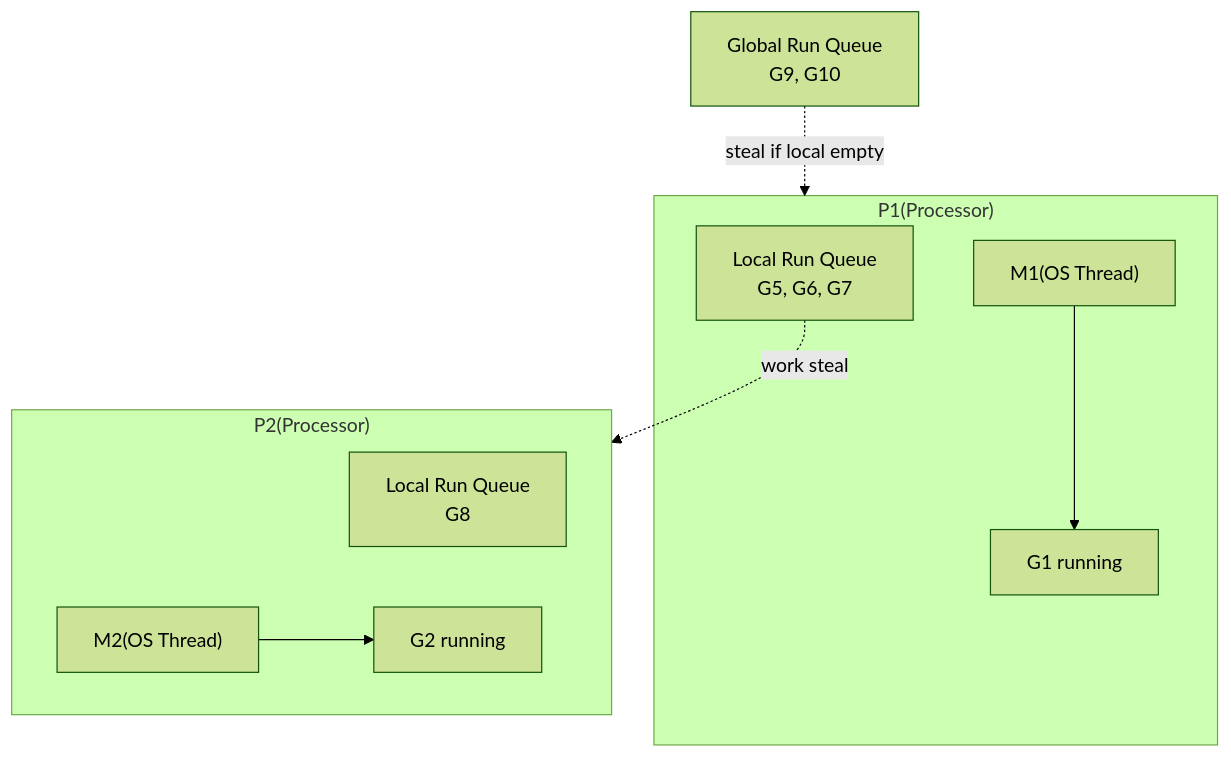
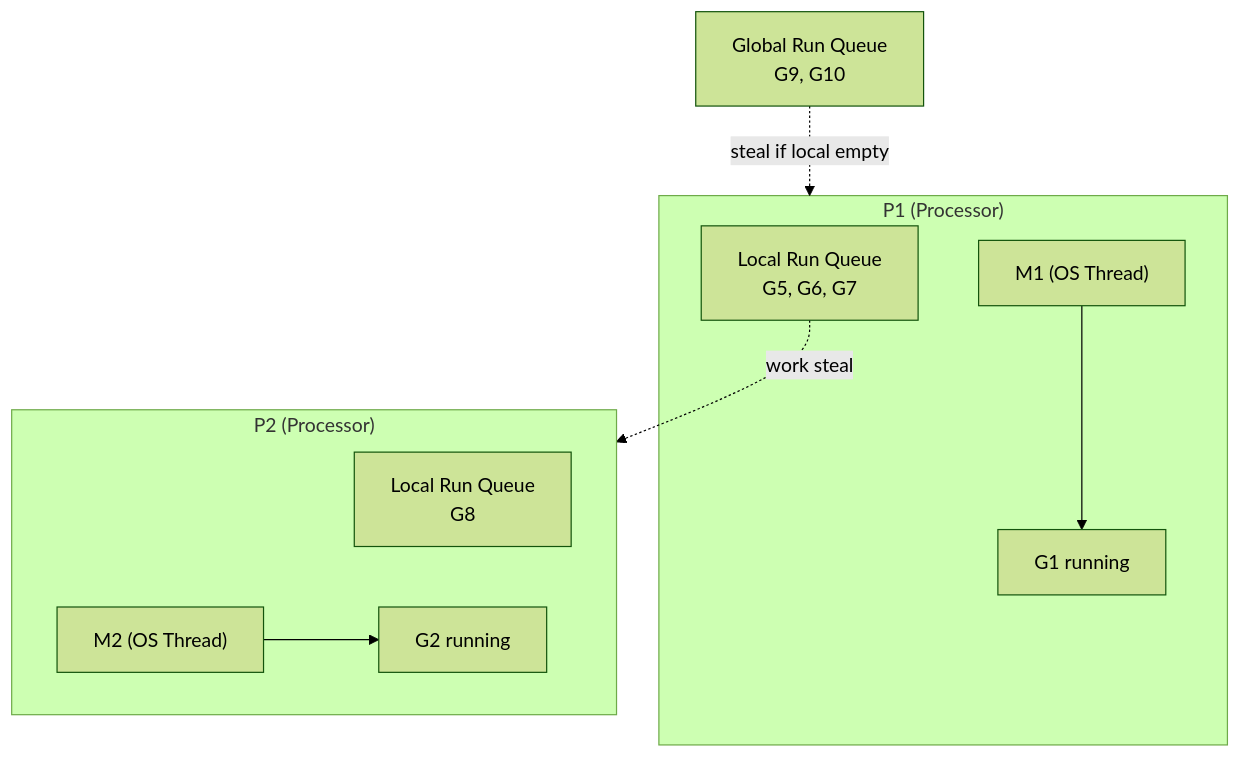
The diagram in content/questions/fundamentals/goroutine-scheduler.md (pploc/swe-icon-the-moment), drawn with Mermaid (forest theme) before and after one commit. The commit also changed 95 other files, not shown here.

Commit message:
fix: update the practice mode diagram bug not display

````diff
--- a/content/questions/fundamentals/goroutine-scheduler.md
+++ b/content/questions/fundamentals/goroutine-scheduler.md
@@ -22,16 +22,17 @@
 ```mermaid
 flowchart TD
-    subgraph P1["P1(Processor)"]
+    subgraph P1 ["P1 (Processor)"]
         LRQ1["Local Run Queue\nG5, G6, G7"]
-        M1["M1(OS Thread)"] --> G1["G1 running"]
+        M1["M1 (OS Thread)"] --> G1["G1 running"]
     end
-    subgraph P2["P2(Processor)"]
+    subgraph P2 ["P2 (Processor)"]
         LRQ2["Local Run Queue\nG8"]
-        M2["M2(OS Thread)"] --> G2["G2 running"]
+        M2["M2 (OS Thread)"] --> G2["G2 running"]
     end
     GRQ["Global Run Queue\nG9, G10"] -.->|"steal if local empty"| P1
     LRQ1 -.->|"work steal"| P2
 
 
 
+
 ```
````
